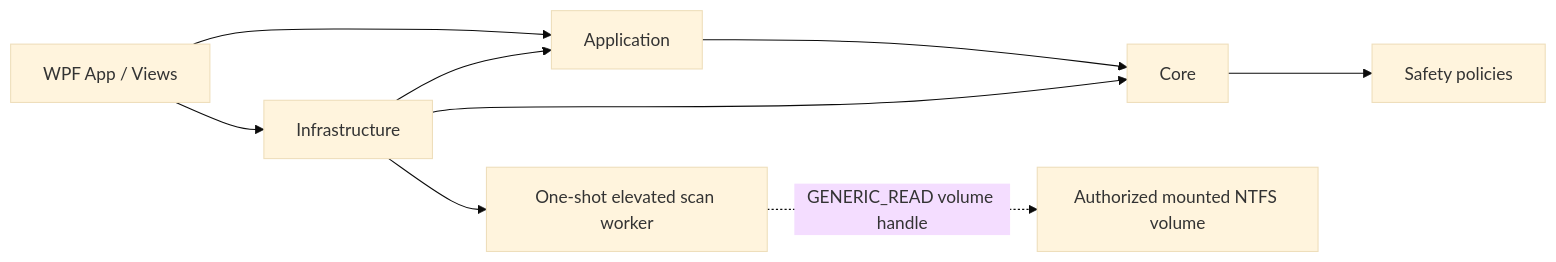
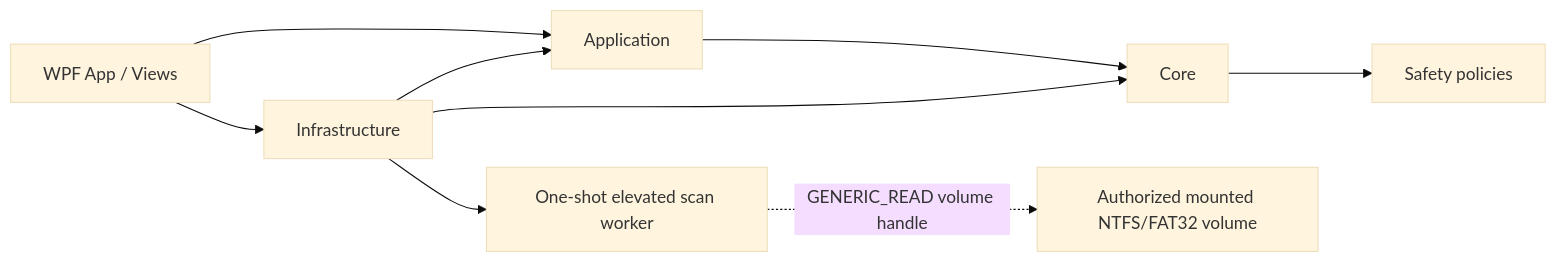
Before and after one commit to sonquocvu/data-recovery: the first of 2 diagrams in docs/architecture.md, drawn with Mermaid (base theme). The commit also changed other lines of this file and 43 other files, not shown here.

````diff
--- a/docs/architecture.md
+++ b/docs/architecture.md
@@ -16,11 +22,11 @@
 ```mermaid
 flowchart LR
   WPF[WPF App / Views] --> Application
   WPF --> Infrastructure
   Infrastructure --> Application
   Infrastructure --> Core
   Application --> Core
   Core --> Policies[Safety policies]
   Infrastructure --> Worker[One-shot elevated scan worker]
-  Worker -. GENERIC_READ volume handle .-> Device[Authorized mounted NTFS volume]
+  Worker -. GENERIC_READ volume handle .-> Device[Authorized mounted NTFS/FAT32 volume]
 ```
````
